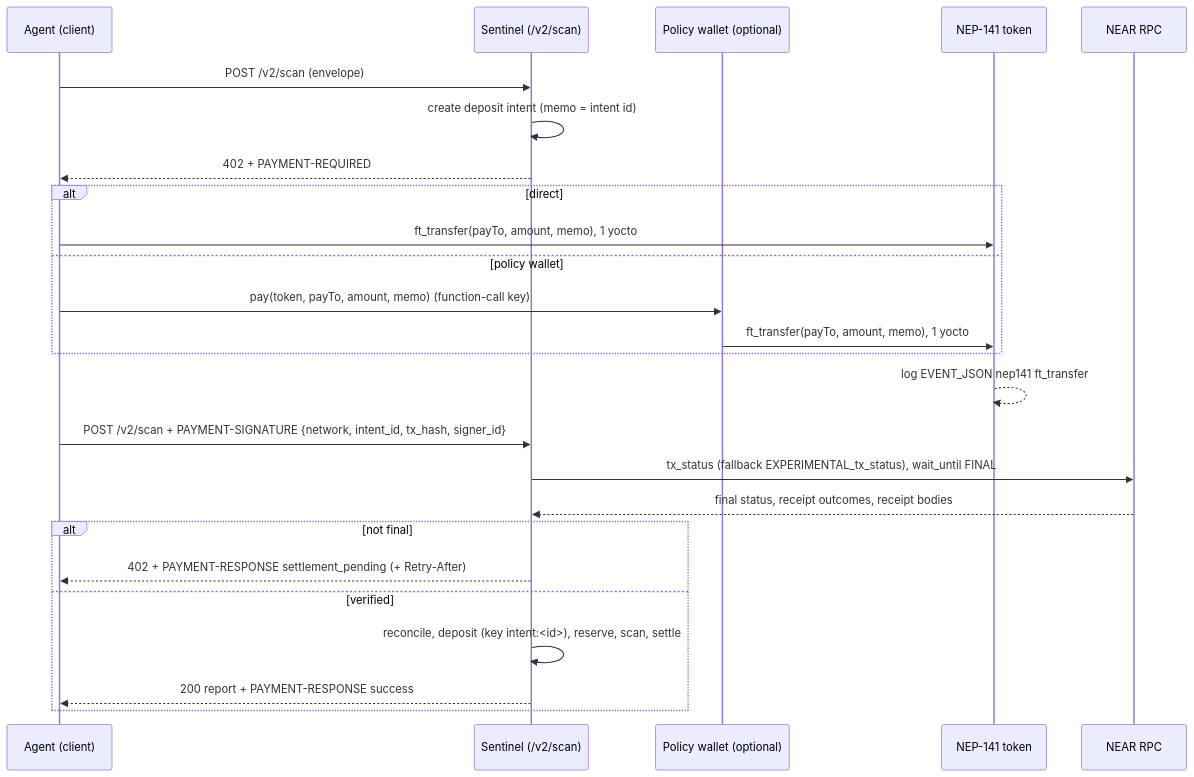
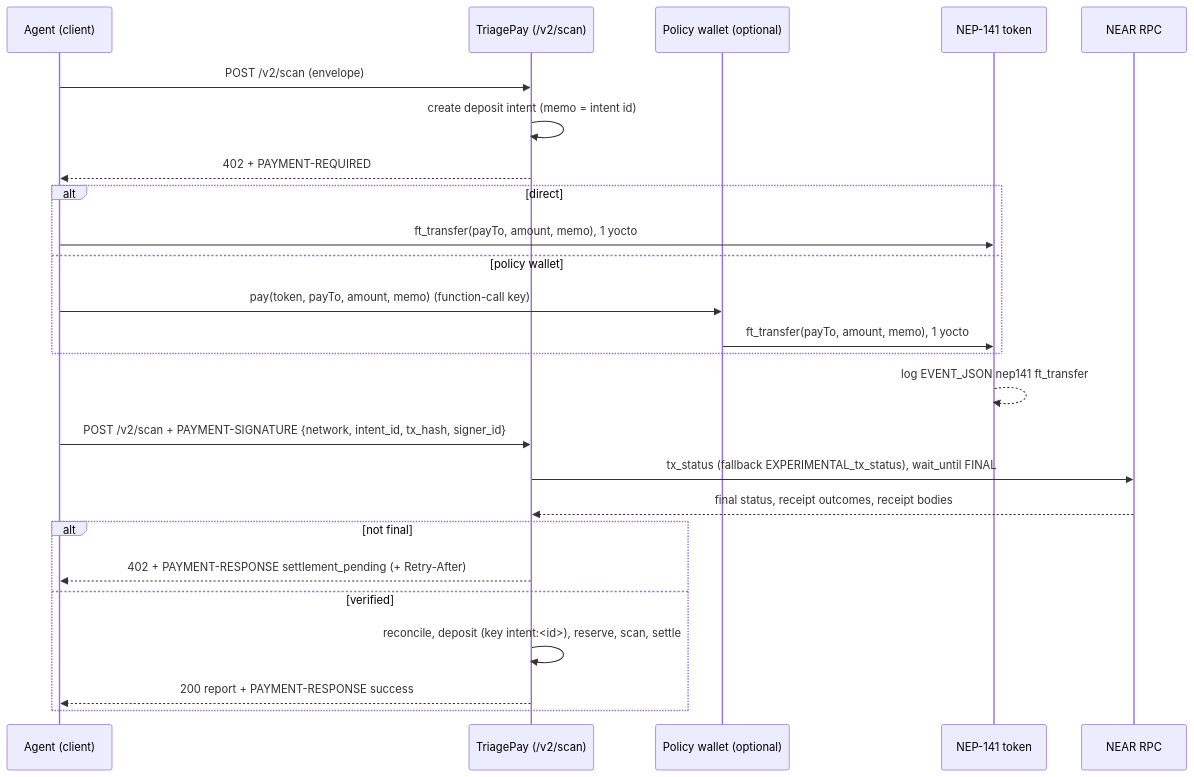
The diagram in docs/protocols/x402-near.md (KhomDev/TriagePay), drawn with Mermaid before and after one commit. The commit also changed other lines of this file and 15 other files, not shown here.

````diff
--- a/docs/protocols/x402-near.md
+++ b/docs/protocols/x402-near.md
@@ -168,27 +168,27 @@
 ```mermaid
 sequenceDiagram
     participant A as Agent (client)
-    participant S as Sentinel (/v2/scan)
+    participant S as TriagePay (/v2/scan)
     participant W as Policy wallet (optional)
     participant T as NEP-141 token
     participant R as NEAR RPC
     A->>S: POST /v2/scan (envelope)
     S->>S: create deposit intent (memo = intent id)
     S-->>A: 402 + PAYMENT-REQUIRED
     alt direct
         A->>T: ft_transfer(payTo, amount, memo), 1 yocto
     else policy wallet
         A->>W: pay(token, payTo, amount, memo) (function-call key)
         W->>T: ft_transfer(payTo, amount, memo), 1 yocto
     end
     T-->>T: log EVENT_JSON nep141 ft_transfer
     A->>S: POST /v2/scan + PAYMENT-SIGNATURE {network, intent_id, tx_hash, signer_id}
     S->>R: tx_status (fallback EXPERIMENTAL_tx_status), wait_until FINAL
     R-->>S: final status, receipt outcomes, receipt bodies
     alt not final
         S-->>A: 402 + PAYMENT-RESPONSE settlement_pending (+ Retry-After)
     else verified
         S->>S: reconcile, deposit (key intent:<id>), reserve, scan, settle
         S-->>A: 200 report + PAYMENT-RESPONSE success
     end
 ```
````
